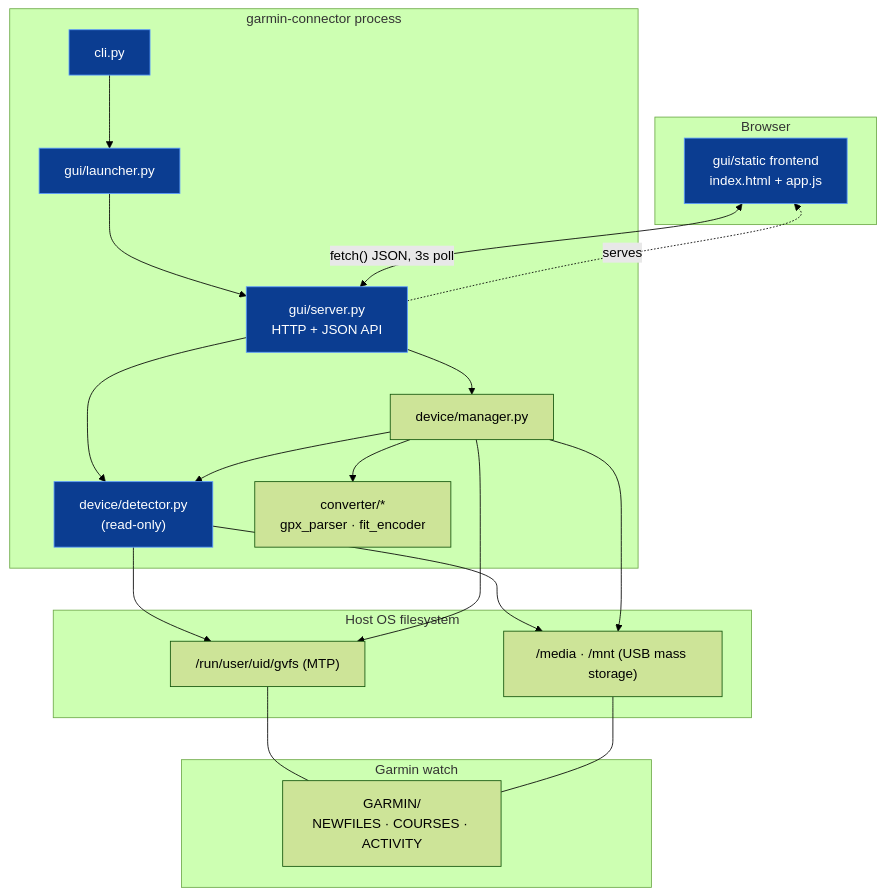
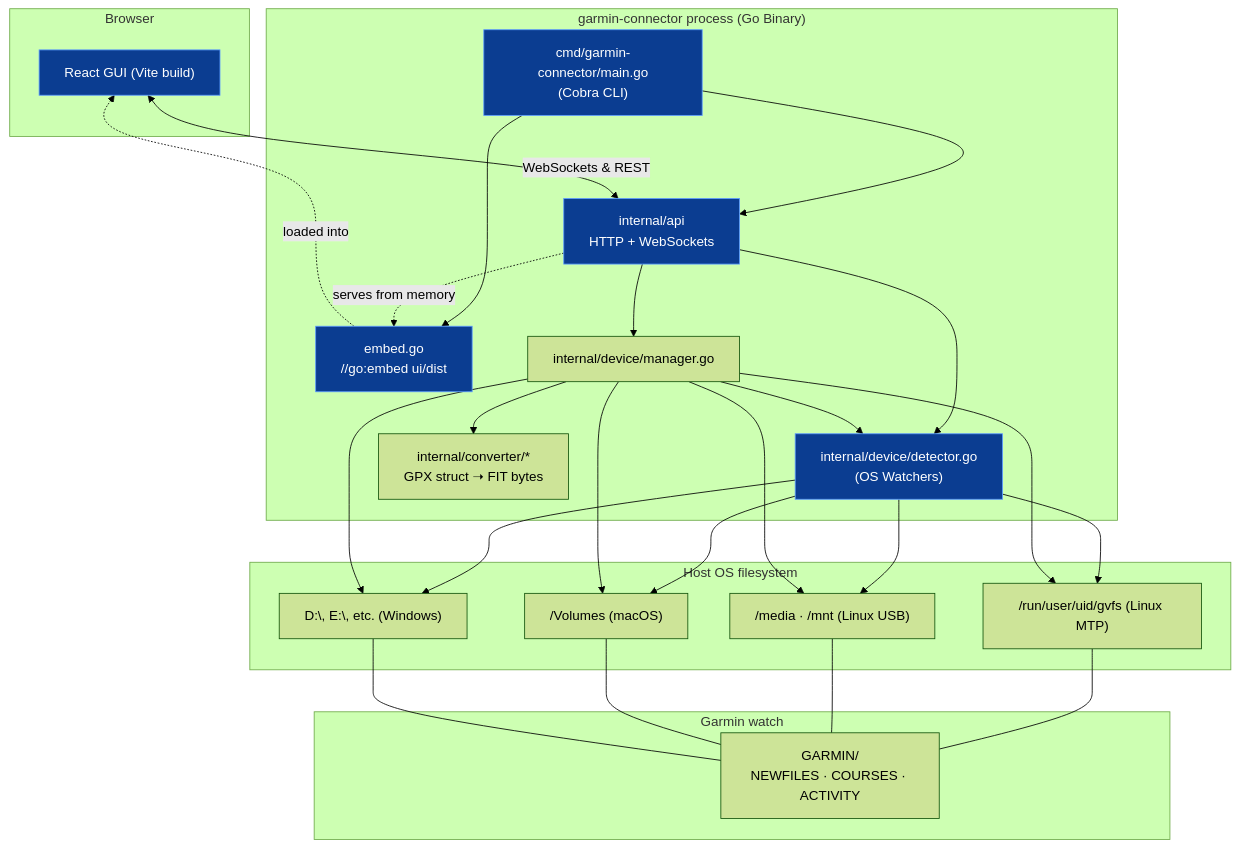
The diagram in spec/constitution.md (jvanheerikhuize/garmin-connector), drawn with Mermaid (forest theme) before and after one commit. The commit also changed other lines of this file and 37 other files, not shown here.

First line of the commit message:
feat: Carte blanche architecture redesign (Go + React) (#22)

````diff
--- a/spec/constitution.md
+++ b/spec/constitution.md
@@ -35,36 +78,45 @@
 ```mermaid
 flowchart TD
     subgraph Browser["Browser"]
-        FE["gui/static frontend<br/>index.html + app.js"]
+        FE["React GUI (Vite build)"]
     end
 
-    subgraph Process["garmin-connector process"]
-        CLI["cli.py"] --> Launcher["gui/launcher.py"]
-        Launcher --> Server["gui/server.py<br/>HTTP + JSON API"]
-        Server -. serves .-> FE
-        Server --> Detector["device/detector.py<br/>(read-only)"]
-        Server --> Manager["device/manager.py"]
+    subgraph Process["garmin-connector process (Go Binary)"]
+        CLI["cmd/garmin-connector/main.go<br/>(Cobra CLI)"] --> Embed["embed.go<br/>//go:embed ui/dist"]
+        CLI --> Server["internal/api<br/>HTTP + WebSockets"]
+        Server -. serves from memory .-> Embed
+        Embed -. loaded into .-> FE
+        Server --> Detector["internal/device/detector.go<br/>(OS Watchers)"]
+        Server --> Manager["internal/device/manager.go"]
         Manager --> Detector
-        Manager --> Converter["converter/*<br/>gpx_parser · fit_encoder"]
+        Manager --> Converter["internal/converter/*<br/>GPX struct ➝ FIT bytes"]
     end
 
     subgraph HostOS["Host OS filesystem"]
-        GVFS["/run/user/uid/gvfs (MTP)"]
-        Media["/media · /mnt (USB mass storage)"]
+        LinuxGVFS["/run/user/uid/gvfs (Linux MTP)"]
+        LinuxMedia["/media · /mnt (Linux USB)"]
+        MacMounts["/Volumes (macOS)"]
+        WinMounts["D:\, E:\, etc. (Windows)"]
     end
 
     subgraph Watch["Garmin watch"]
         GarminDir["GARMIN/<br/>NEWFILES · COURSES · ACTIVITY"]
     end
 
-    FE <-- "fetch() JSON, 3s poll" --> Server
-    Detector --> GVFS
-    Detector --> Media
-    Manager --> GVFS
-    Manager --> Media
-    GVFS --- GarminDir
-    Media --- GarminDir
+    FE <-- "WebSockets & REST" --> Server
+    Detector --> LinuxGVFS
+    Detector --> LinuxMedia
+    Detector --> MacMounts
+    Detector --> WinMounts
+    Manager --> LinuxGVFS
+    Manager --> LinuxMedia
+    Manager --> MacMounts
+    Manager --> WinMounts
+    LinuxGVFS --- GarminDir
+    LinuxMedia --- GarminDir
+    MacMounts --- GarminDir
+    WinMounts --- GarminDir
 
     classDef skeleton fill:#0b3d91,stroke:#5b9bff,color:#fff
-    class CLI,Launcher,Server,Detector,FE skeleton
+    class CLI,Embed,Server,Detector,FE skeleton
 ```
````
